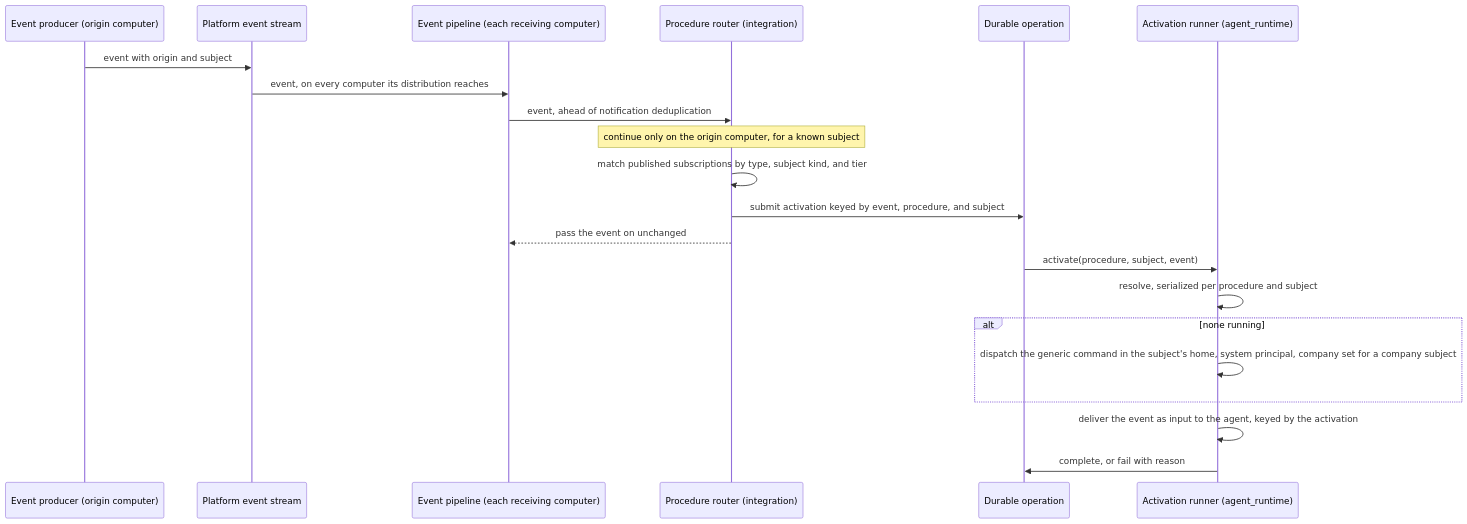
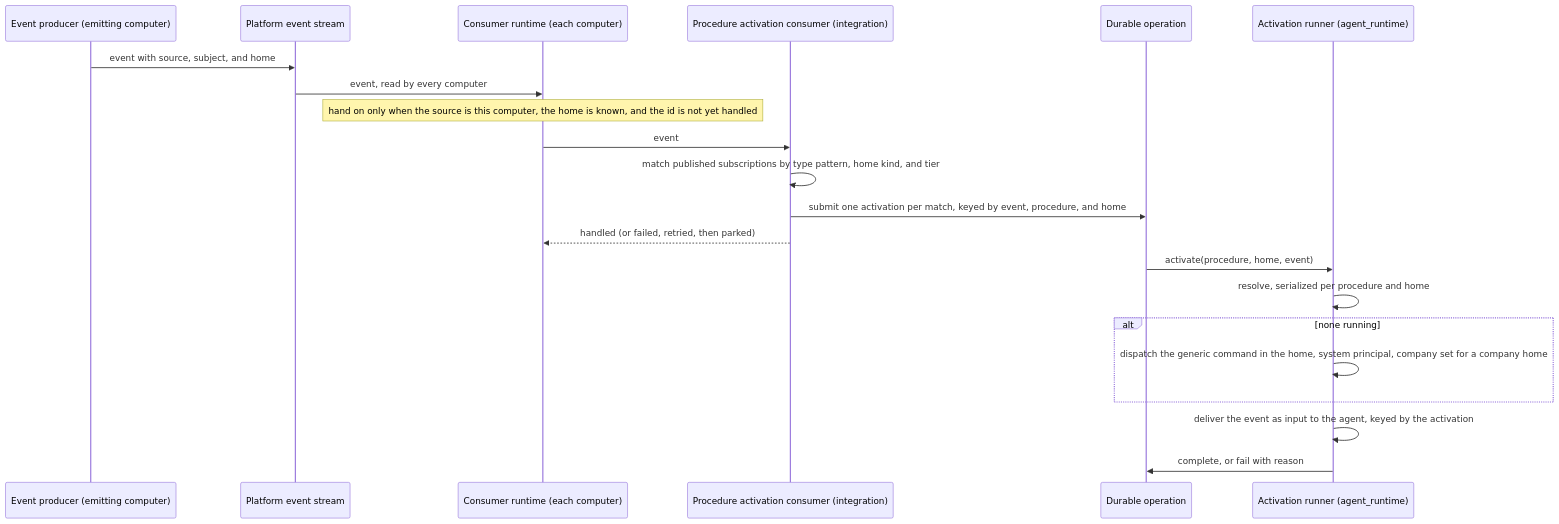
Before and after one commit to InstruktAI/TeleClaude: the diagram in docs/local/design/architecture/procedure-activation.procedure-activation-gated-on-company.md, drawn with Mermaid. The commit also changed other lines of this file and 9 other files, not shown here.

First line of the commit message:
docs(procedure-activation): re-derive activation contracts on the event platform [skip ci]

````diff
--- a/docs/local/design/architecture/procedure-activation.procedure-activation-gated-on-company.md
+++ b/docs/local/design/architecture/procedure-activation.procedure-activation-gated-on-company.md
@@ -164,24 +170,24 @@
 ```mermaid
 sequenceDiagram
-    participant Prod as Event producer (origin computer)
+    participant Prod as Event producer (emitting computer)
     participant Str as Platform event stream
-    participant Pl as Event pipeline (each receiving computer)
-    participant Rt as Procedure router (integration)
+    participant Rt as Consumer runtime (each computer)
+    participant Act as Procedure activation consumer (integration)
     participant Op as Durable operation
     participant AR as Activation runner (agent_runtime)
 
-    Prod->>Str: event with origin and subject
-    Str->>Pl: event, on every computer its distribution reaches
-    Pl->>Rt: event, ahead of notification deduplication
-    Note over Rt: continue only on the origin computer, for a known subject
-    Rt->>Rt: match published subscriptions by type, subject kind, and tier
-    Rt->>Op: submit activation keyed by event, procedure, and subject
-    Rt-->>Pl: pass the event on unchanged
-    Op->>AR: activate(procedure, subject, event)
-    AR->>AR: resolve, serialized per procedure and subject
+    Prod->>Str: event with source, subject, and home
+    Str->>Rt: event, read by every computer
+    Note over Rt: hand on only when the source is this computer, the home is known, and the id is not yet handled
+    Rt->>Act: event
+    Act->>Act: match published subscriptions by type pattern, home kind, and tier
+    Act->>Op: submit one activation per match, keyed by event, procedure, and home
+    Act-->>Rt: handled (or failed, retried, then parked)
+    Op->>AR: activate(procedure, home, event)
+    AR->>AR: resolve, serialized per procedure and home
     alt none running
-        AR->>AR: dispatch the generic command in the subject's home, system principal, company set for a company subject
+        AR->>AR: dispatch the generic command in the home, system principal, company set for a company home
     end
     AR->>AR: deliver the event as input to the agent, keyed by the activation
     AR->>Op: complete, or fail with reason
 ```
````
